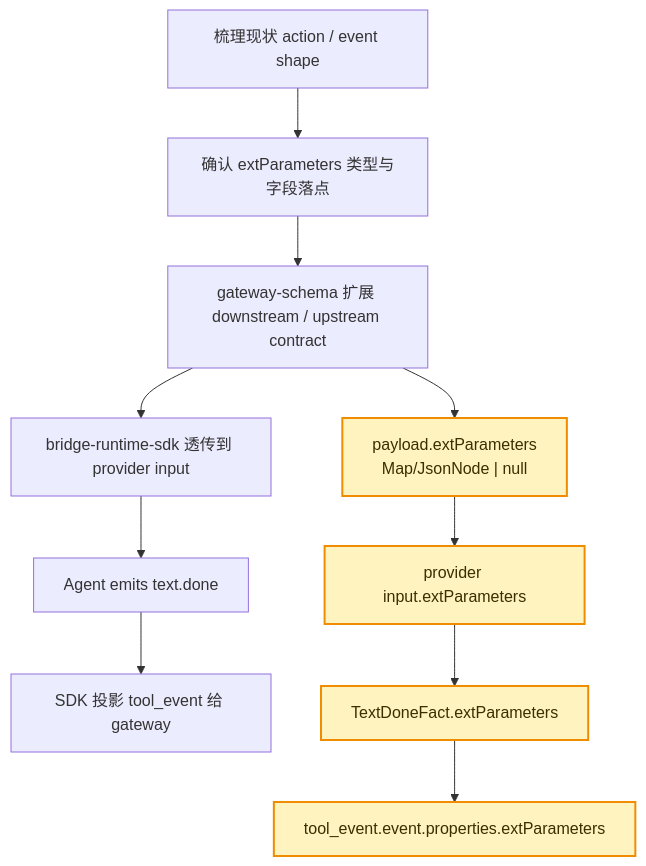
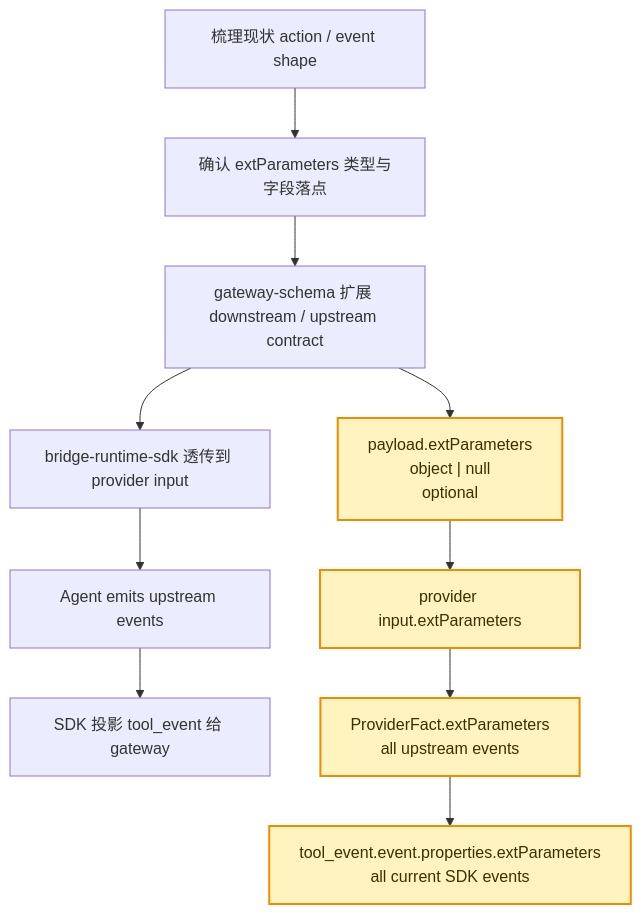
Before and after one commit to yuzhangCZ/agent-plugin: the first of 3 diagrams in packages/bridge-runtime-sdk/docs/design/ext-parameters-bidirectional-pass-through.md, drawn with Mermaid. The commit also changed other lines of this file, not shown here.

Commit message:
docs: align extParameters optional event contract

````diff
--- a/packages/bridge-runtime-sdk/docs/design/ext-parameters-bidirectional-pass-through.md
+++ b/packages/bridge-runtime-sdk/docs/design/ext-parameters-bidirectional-pass-through.md
@@ -119,16 +106,16 @@
 ```mermaid
 flowchart TD
     A["梳理现状 action / event shape"] --> B["确认 extParameters 类型与字段落点"]
     B --> C["gateway-schema 扩展 downstream / upstream contract"]
     C --> D["bridge-runtime-sdk 透传到 provider input"]
-    D --> E["Agent emits text.done"]
+    D --> E["Agent emits upstream events"]
     E --> F["SDK 投影 tool_event 给 gateway"]
 
-    C --> C1["payload.extParameters<br/>Map/JsonNode | null"]
+    C --> C1["payload.extParameters<br/>object | null<br/>optional"]
     C1 --> D1["provider input.extParameters"]
-    D1 --> E1["TextDoneFact.extParameters"]
-    E1 --> F1["tool_event.event.properties.extParameters"]
+    D1 --> E1["ProviderFact.extParameters<br/>all upstream events"]
+    E1 --> F1["tool_event.event.properties.extParameters<br/>all current SDK events"]
 
     classDef ext fill:#fff3bf,stroke:#f08c00,stroke-width:2px,color:#3b2f00;
     class C1,D1,E1,F1 ext;
 ```
````
